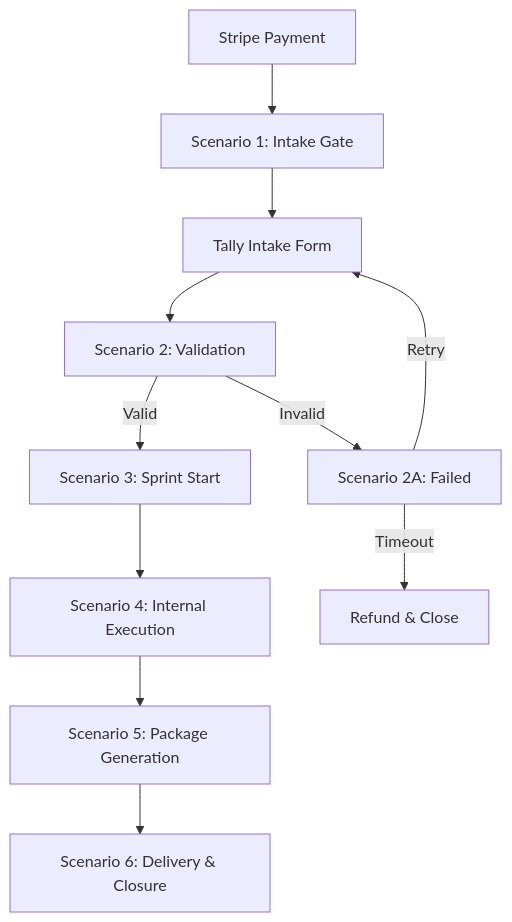
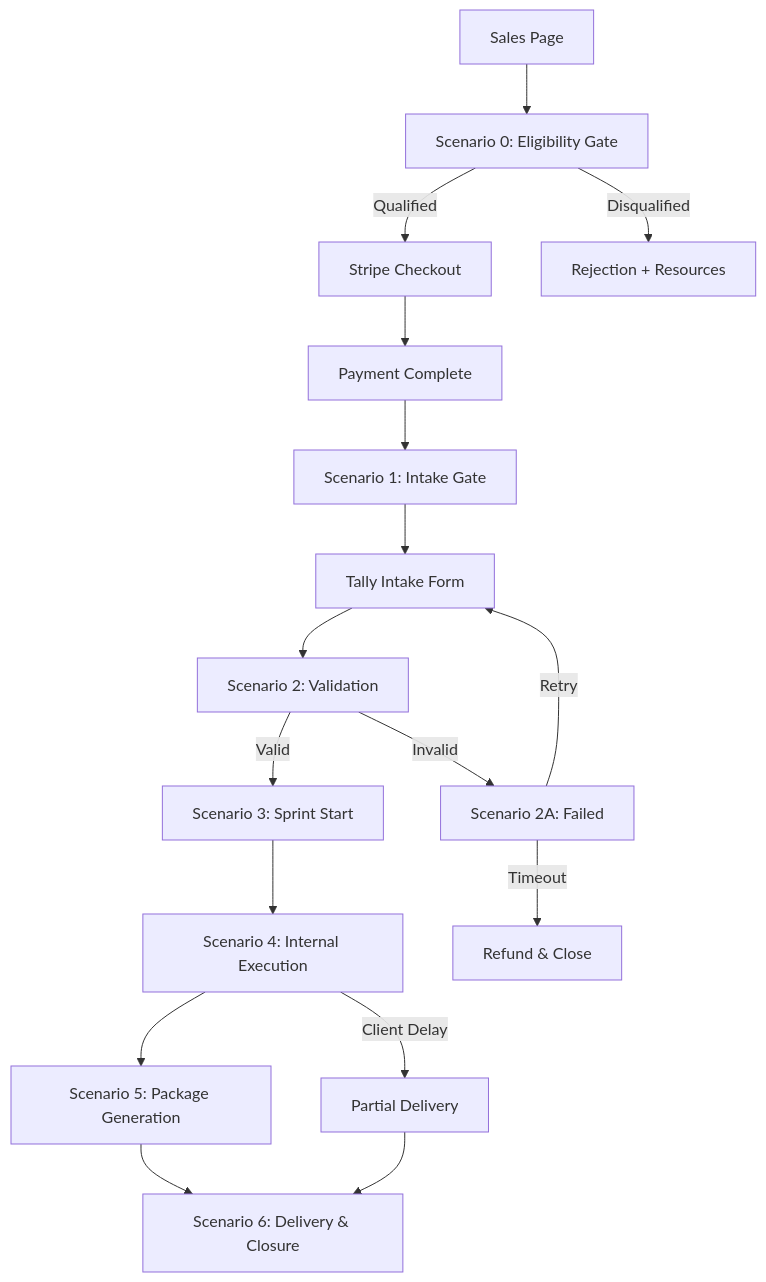
Before and after one commit to CrisisCore-Systems/node-null-control: the seventh of 7 diagrams in automation/service_wiring.md, drawn with Mermaid. The commit also changed other lines of this file and 5 other files, not shown here.

Commit message:
Add control surfaces: eligibility gate, disagreement containment, time-box enforcement

````diff
--- a/automation/service_wiring.md
+++ b/automation/service_wiring.md
@@ -319,14 +418,21 @@
 ```mermaid
 flowchart TD
-    Payment[Stripe Payment] --> S1[Scenario 1: Intake Gate]
+    Sales[Sales Page] --> S0[Scenario 0: Eligibility Gate]
+    S0 -->|Qualified| Checkout[Stripe Checkout]
+    S0 -->|Disqualified| Reject[Rejection + Resources]
+    Checkout --> Payment[Payment Complete]
+    Payment --> S1[Scenario 1: Intake Gate]
     S1 --> Intake[Tally Intake Form]
     Intake --> S2[Scenario 2: Validation]
     S2 -->|Invalid| S2A[Scenario 2A: Failed]
     S2 -->|Valid| S3[Scenario 3: Sprint Start]
     S3 --> S4[Scenario 4: Internal Execution]
     S4 --> S5[Scenario 5: Package Generation]
     S5 --> S6[Scenario 6: Delivery & Closure]
     
     S2A -->|Retry| Intake
     S2A -->|Timeout| Refund[Refund & Close]
+    
+    S4 -->|Client Delay| Partial[Partial Delivery]
+    Partial --> S6
 ```
````
